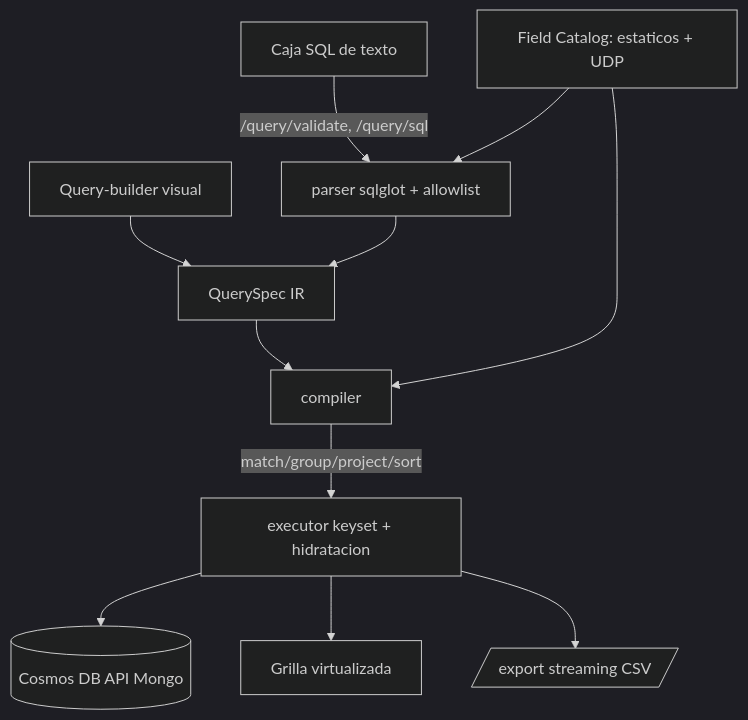
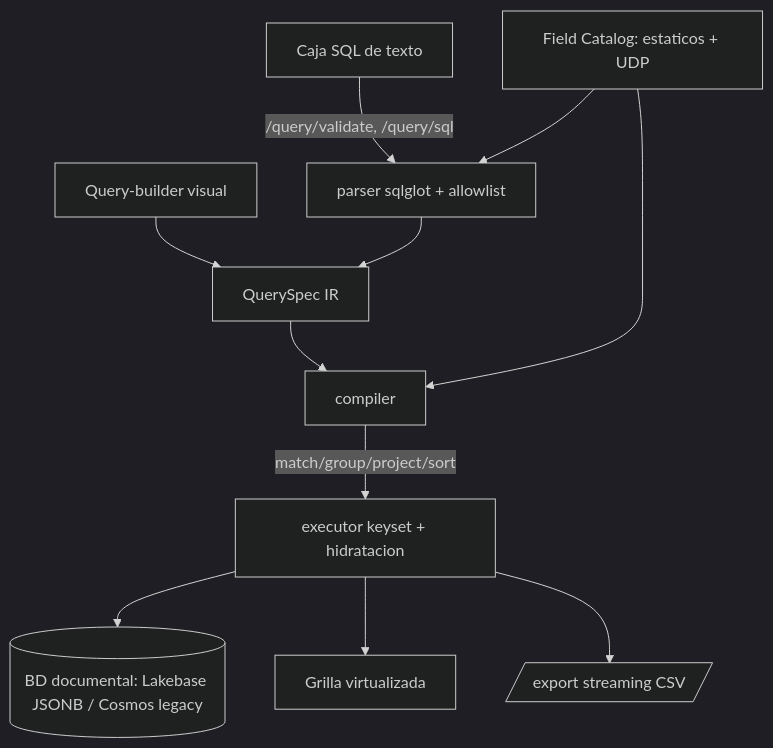
The ninth of 9 diagrams in doc/api-contract.md (Carlosmps97/backend-data-model-hub), drawn with Mermaid (dark theme) before and after one commit. The commit also changed other lines of this file and 8 other files, not shown here.

````diff
--- a/doc/api-contract.md
+++ b/doc/api-contract.md
@@ -2603,13 +3191,13 @@
 ```mermaid
 flowchart TD
   QB[Query-builder visual] --> SPEC[QuerySpec IR]
   SQL[Caja SQL de texto] -->|/query/validate, /query/sql| PARSER[parser sqlglot + allowlist]
   PARSER --> SPEC
   CAT[Field Catalog: estaticos + UDP] --> PARSER
   CAT --> COMP[compiler]
   SPEC --> COMP
   COMP -->|match/group/project/sort| EXE[executor keyset + hidratacion]
-  EXE --> MONGO[(Cosmos DB API Mongo)]
+  EXE --> MONGO[(BD documental: Lakebase JSONB / Cosmos legacy)]
   EXE --> GRID[Grilla virtualizada]
   EXE --> CSV[/export streaming CSV/]
 ```
````
